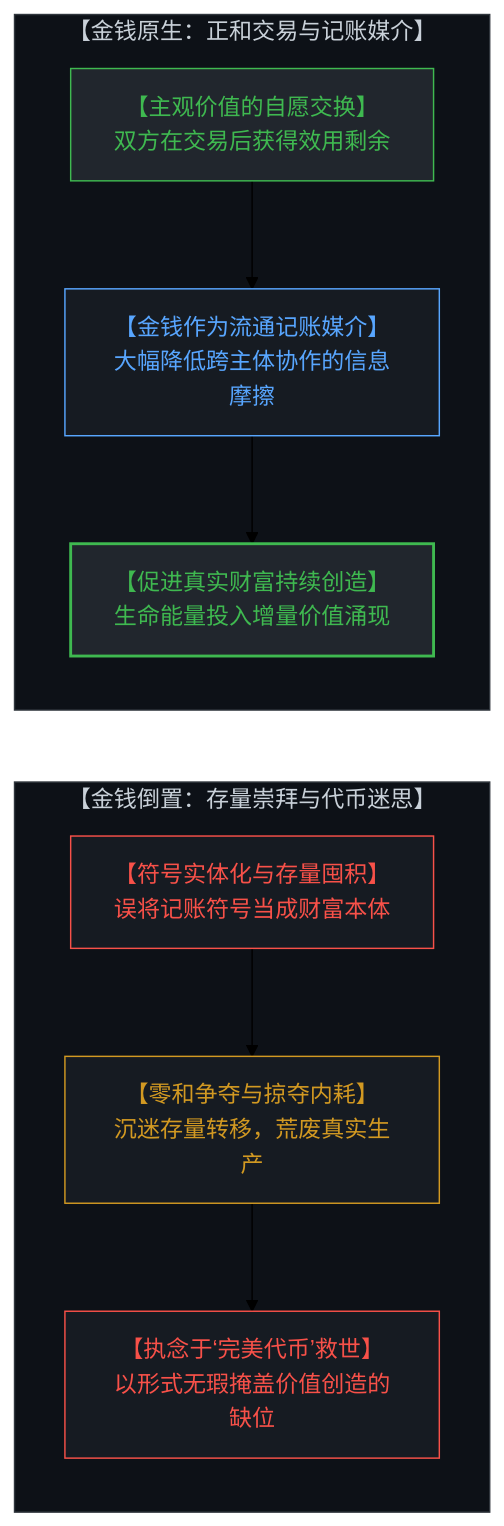
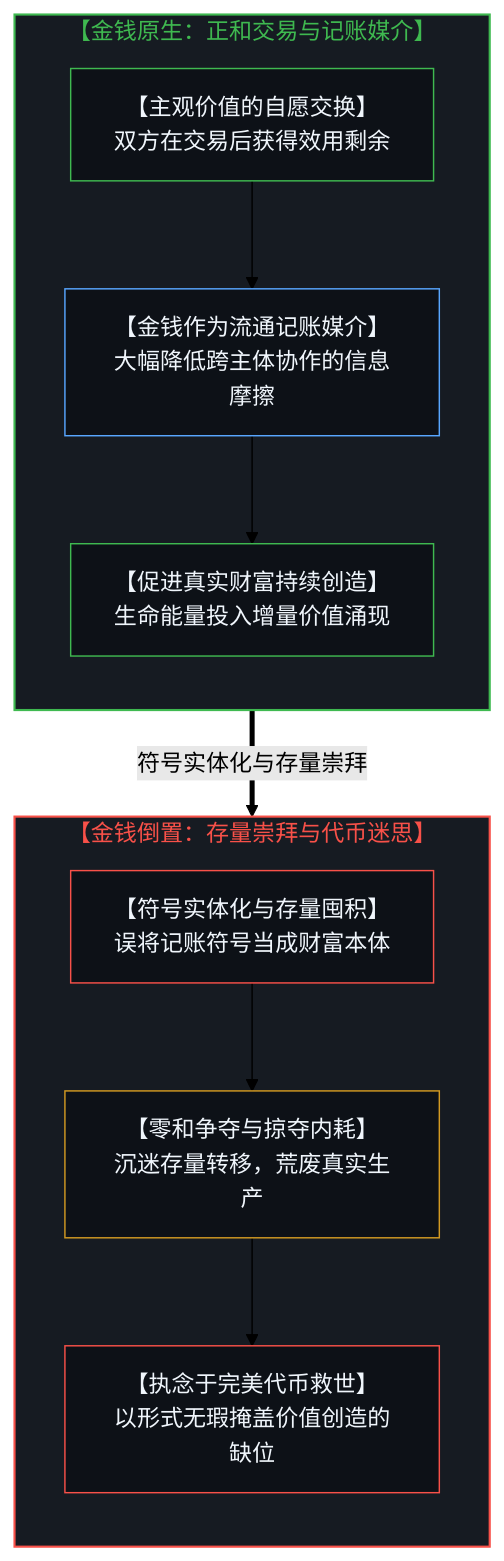
One commit to powerpig99/not-a-toe changed the ninth of 16 diagrams in content/posts/the-dissolution-of-the-great-reversal.md. Above: the diagram before and after it, drawn with Mermaid (forest theme). The commit also changed other lines of this file and 11 other files, not shown here.

````diff
--- a/content/posts/the-dissolution-of-the-great-reversal.md
+++ b/content/posts/the-dissolution-of-the-great-reversal.md
@@ -397,31 +349,31 @@
 ```mermaid
-graph TD
-    subgraph NativeTrade["【金钱原生：正和交易与记账媒介】"]
+flowchart TD
+    subgraph S_NativeTrade["【金钱原生：正和交易与记账媒介】"]
         direction TB
-        SubjectiveTrade["【主观价值的自愿交换】<br>双方在交易后获得效用剩余"]
-        AccountingMedium["【金钱作为流通记账媒介】<br>大幅降低跨主体协作的信息摩擦"]
-        RealWealthExpansion["【促进真实财富持续创造】<br>生命能量投入增量价值涌现"]
+        SubjectiveTrade["【主观价值的自愿交换】<br/>双方在交易后获得效用剩余"]
+        AccountingMedium["【金钱作为流通记账媒介】<br/>大幅降低跨主体协作的信息摩擦"]
+        RealWealthExpansion["【促进真实财富持续创造】<br/>生命能量投入增量价值涌现"]
         SubjectiveTrade --> AccountingMedium
         AccountingMedium --> RealWealthExpansion
     end
 
-    subgraph InvertedMoney["【金钱倒置：存量崇拜与代币迷思】"]
+    S_NativeTrade ==>|"符号实体化与存量崇拜"| S_InvertedMoney
+
+    subgraph S_InvertedMoney["【金钱倒置：存量崇拜与代币迷思】"]
         direction TB
-        TokenHoarding["【符号实体化与存量囤积】<br>误将记账符号当成财富本体"]
-        ZeroSumSiphon["【零和争夺与掠夺内耗】<br>沉迷存量转移，荒废真实生产"]
-        PerfectTokenMyth["【执念于‘完美代币’救世】<br>以形式无瑕掩盖价值创造的缺位"]
+        TokenHoarding["【符号实体化与存量囤积】<br/>误将记账符号当成财富本体"]
+        ZeroSumSiphon["【零和争夺与掠夺内耗】<br/>沉迷存量转移，荒废真实生产"]
+        PerfectTokenMyth["【执念于完美代币救世】<br/>以形式无瑕掩盖价值创造的缺位"]
         TokenHoarding --> ZeroSumSiphon
         ZeroSumSiphon --> PerfectTokenMyth
     end
 
-    RealWealthExpansion ~~~ TokenHoarding
-
-    style NativeTrade fill:#0d1117,stroke:#30363d,stroke-width:1px,color:#c9d1d9
-    style SubjectiveTrade fill:#21262d,stroke:#3fb950,stroke-width:1px,color:#3fb950
-    style AccountingMedium fill:#161b22,stroke:#58a6ff,stroke-width:1px,color:#58a6ff
-    style RealWealthExpansion fill:#21262d,stroke:#3fb950,stroke-width:2px,color:#3fb950
-    style InvertedMoney fill:#0d1117,stroke:#30363d,stroke-width:1px,color:#c9d1d9
-    style TokenHoarding fill:#161b22,stroke:#f85149,stroke-width:1px,color:#f85149
-    style ZeroSumSiphon fill:#161b22,stroke:#d29922,stroke-width:1px,color:#d29922
-    style PerfectTokenMyth fill:#161b22,stroke:#f85149,stroke-width:1px,color:#f85149
+    style S_NativeTrade fill:#161b22,stroke:#3fb950,stroke-width:1.5px,color:#3fb950
+    style S_InvertedMoney fill:#161b22,stroke:#f85149,stroke-width:1.5px,color:#f85149
+    style SubjectiveTrade fill:#0d1117,stroke:#3fb950,stroke-width:1px,color:#f0f6fc
+    style AccountingMedium fill:#0d1117,stroke:#58a6ff,stroke-width:1px,color:#f0f6fc
+    style RealWealthExpansion fill:#0d1117,stroke:#3fb950,stroke-width:1px,color:#f0f6fc
+    style TokenHoarding fill:#0d1117,stroke:#f85149,stroke-width:1px,color:#f0f6fc
+    style ZeroSumSiphon fill:#0d1117,stroke:#d29922,stroke-width:1px,color:#f0f6fc
+    style PerfectTokenMyth fill:#0d1117,stroke:#f85149,stroke-width:1px,color:#f0f6fc
 ```
````
